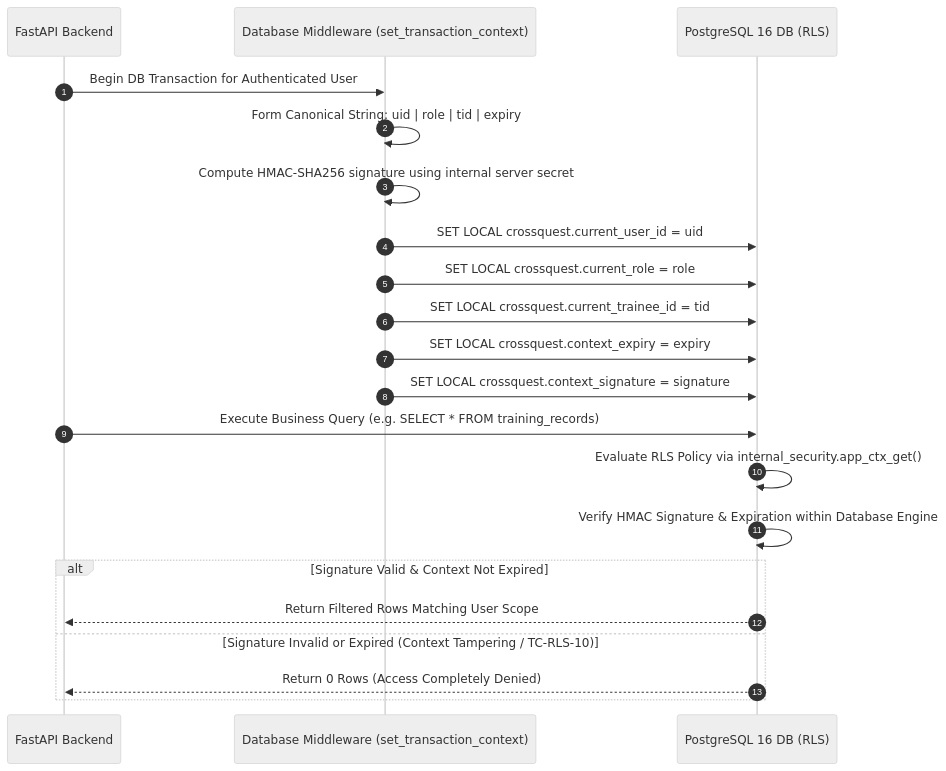
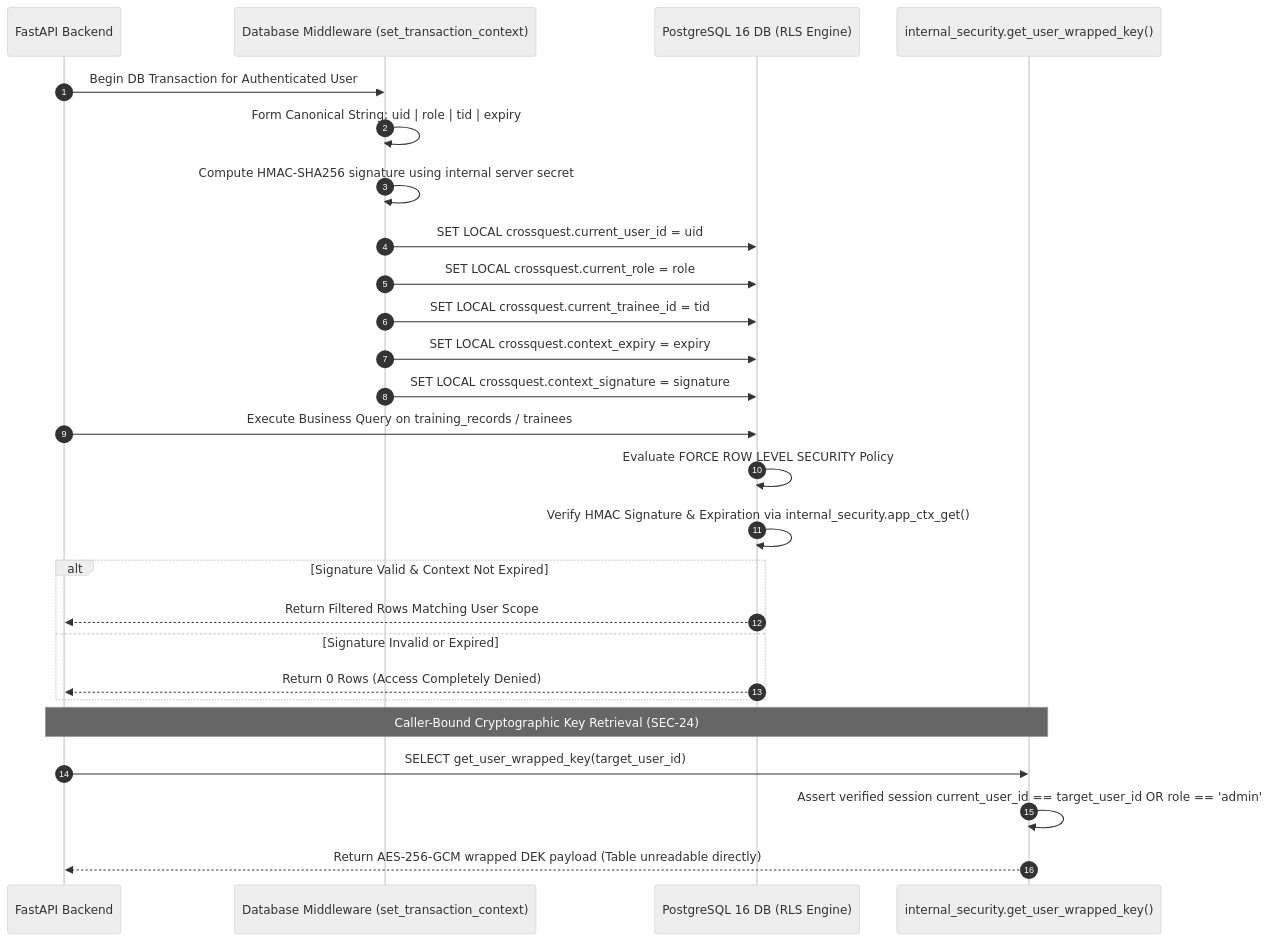
One commit to UniDra0318/CrossQuest changed the fourth of 10 diagrams in SYSTEM_ARCHITECTURE.md. Above: the diagram before and after it, drawn with Mermaid (neutral theme). The commit also changed other lines of this file, not shown here.

Commit message:
docs: update SYSTEM_ARCHITECTURE.md with Phases 0-6 architectural additions

````diff
--- a/SYSTEM_ARCHITECTURE.md
+++ b/SYSTEM_ARCHITECTURE.md
@@ -151,25 +175,31 @@
 ```mermaid
 sequenceDiagram
     autonumber
     participant App as FastAPI Backend
     participant Engine as Database Middleware (set_transaction_context)
-    participant PG as PostgreSQL 16 DB (RLS)
+    participant PG as PostgreSQL 16 DB (RLS Engine)
+    participant KeyFunc as internal_security.get_user_wrapped_key()
 
     App->>Engine: Begin DB Transaction for Authenticated User
     Engine->>Engine: Form Canonical String: uid | role | tid | expiry
     Engine->>Engine: Compute HMAC-SHA256 signature using internal server secret
     Engine->>PG: SET LOCAL crossquest.current_user_id = uid
     Engine->>PG: SET LOCAL crossquest.current_role = role
     Engine->>PG: SET LOCAL crossquest.current_trainee_id = tid
     Engine->>PG: SET LOCAL crossquest.context_expiry = expiry
     Engine->>PG: SET LOCAL crossquest.context_signature = signature
 
-    App->>PG: Execute Business Query (e.g. SELECT * FROM training_records)
-    PG->>PG: Evaluate RLS Policy via internal_security.app_ctx_get()
-    PG->>PG: Verify HMAC Signature & Expiration within Database Engine
+    App->>PG: Execute Business Query on training_records / trainees
+    PG->>PG: Evaluate FORCE ROW LEVEL SECURITY Policy
+    PG->>PG: Verify HMAC Signature & Expiration via internal_security.app_ctx_get()
     alt Signature Valid & Context Not Expired
         PG-->>App: Return Filtered Rows Matching User Scope
-    else Signature Invalid or Expired (Context Tampering / TC-RLS-10)
+    else Signature Invalid or Expired
         PG-->>App: Return 0 Rows (Access Completely Denied)
     end
+
+    Note over App,KeyFunc: Caller-Bound Cryptographic Key Retrieval (SEC-24)
+    App->>KeyFunc: SELECT get_user_wrapped_key(target_user_id)
+    KeyFunc->>KeyFunc: Assert verified session current_user_id == target_user_id OR role == 'admin'
+    KeyFunc-->>App: Return AES-256-GCM wrapped DEK payload (Table unreadable directly)
 ```
````
